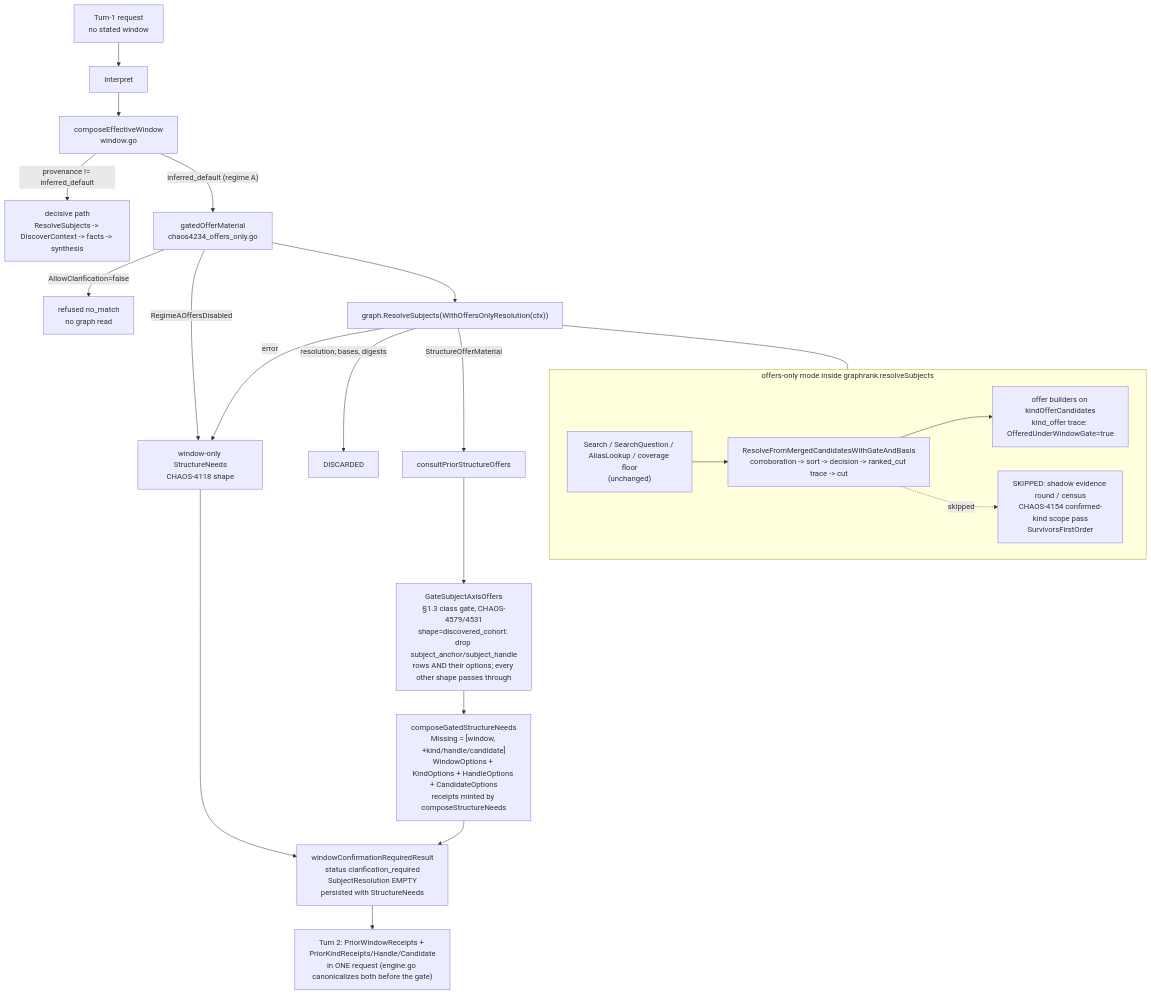
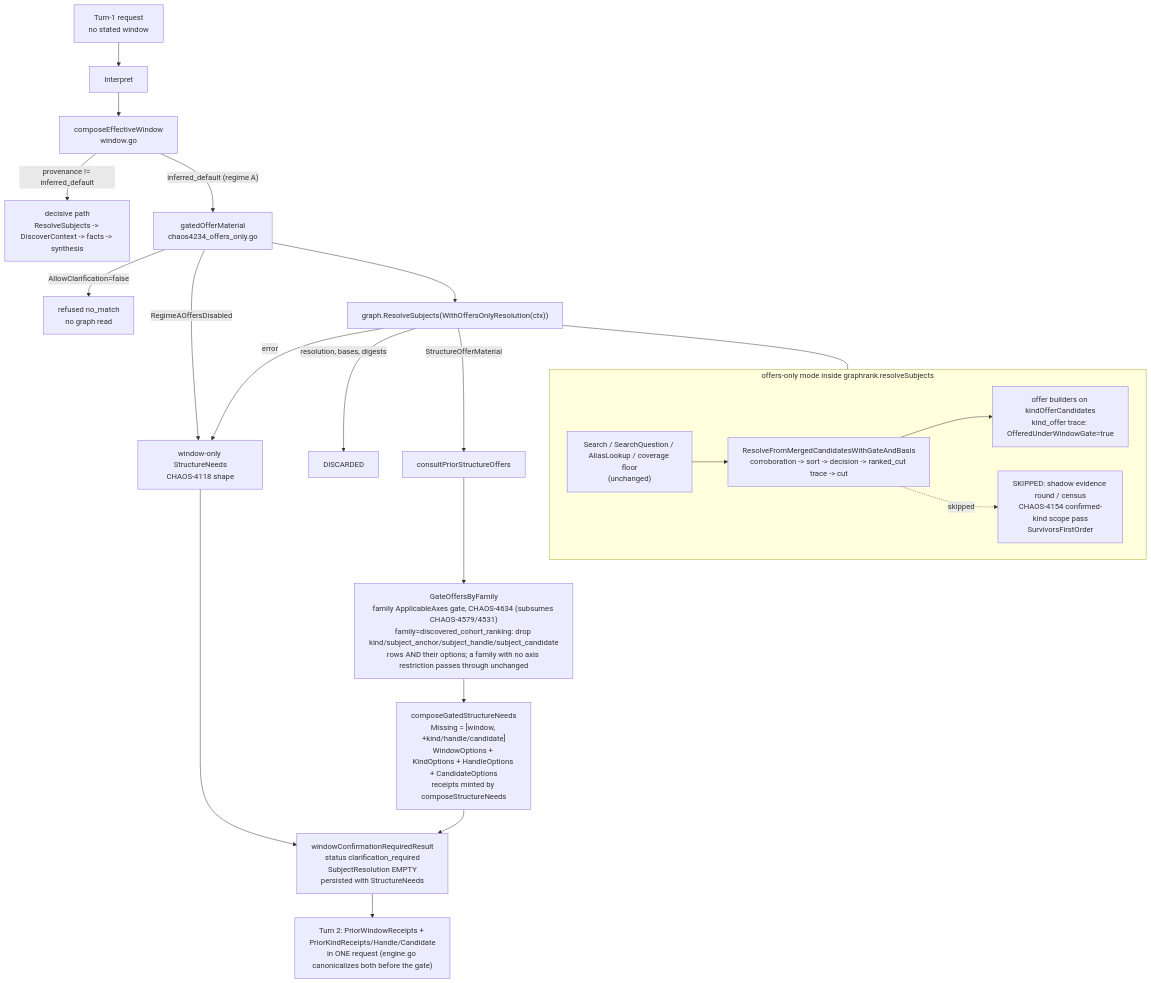
Before and after one commit to full-chaos/dev-health-acr: the diagram in docs/design/context-fabric-regime-a-offers.md, drawn with Mermaid. The commit also changed other lines of this file and 27 other files, not shown here.

````diff
--- a/docs/design/context-fabric-regime-a-offers.md
+++ b/docs/design/context-fabric-regime-a-offers.md
@@ -33,28 +33,28 @@
 ```mermaid
 flowchart TD
     Q[Turn-1 request<br/>no stated window] --> I[Interpret]
     I --> EW[composeEffectiveWindow<br/>window.go]
     EW -- "provenance != inferred_default" --> D[decisive path<br/>ResolveSubjects -> DiscoverContext -> facts -> synthesis]
     EW -- "inferred_default (regime A)" --> G[gatedOfferMaterial<br/>chaos4234_offers_only.go]
     G -- "AllowClarification=false" --> RF[refused no_match<br/>no graph read]
     G -- "RegimeAOffersDisabled" --> WO[window-only StructureNeeds<br/>CHAOS-4118 shape]
     G --> RS["graph.ResolveSubjects(WithOffersOnlyResolution(ctx))"]
     RS -- "error" --> WO
     RS -- "resolution, bases, digests" --> X[DISCARDED]
     RS -- "StructureOfferMaterial" --> P[consultPriorStructureOffers]
-    P --> CG["GateSubjectAxisOffers<br/>§1.3 class gate, CHAOS-4579/4531<br/>shape=discovered_cohort: drop subject_anchor/subject_handle<br/>rows AND their options; every other shape passes through"]
+    P --> CG["GateOffersByFamily<br/>family ApplicableAxes gate, CHAOS-4634 (subsumes CHAOS-4579/4531)<br/>family=discovered_cohort_ranking: drop kind/subject_anchor/subject_handle/subject_candidate<br/>rows AND their options; a family with no axis restriction passes through unchanged"]
     CG --> C["composeGatedStructureNeeds<br/>Missing = [window, +kind/handle/candidate]<br/>WindowOptions + KindOptions + HandleOptions + CandidateOptions<br/>receipts minted by composeStructureNeeds"]
     WO --> R
     C --> R[windowConfirmationRequiredResult<br/>status clarification_required<br/>SubjectResolution EMPTY<br/>persisted with StructureNeeds]
     R --> T2["Turn 2: PriorWindowReceipts + PriorKindReceipts/Handle/Candidate<br/>in ONE request (engine.go canonicalizes both before the gate)"]
 
     subgraph OFFERS_ONLY["offers-only mode inside graphrank.resolveSubjects"]
         S1["Search / SearchQuestion / AliasLookup / coverage floor<br/>(unchanged)"]
         S2["ResolveFromMergedCandidatesWithGateAndBasis<br/>corroboration -> sort -> decision -> ranked_cut trace -> cut"]
         S3["SKIPPED: shadow evidence round / census<br/>CHAOS-4154 confirmed-kind scope pass<br/>SurvivorsFirstOrder"]
         S4["offer builders on kindOfferCandidates<br/>kind_offer trace: OfferedUnderWindowGate=true"]
         S1 --> S2 --> S4
         S2 -. "skipped" .-> S3
     end
     RS --- OFFERS_ONLY
 ```
````
